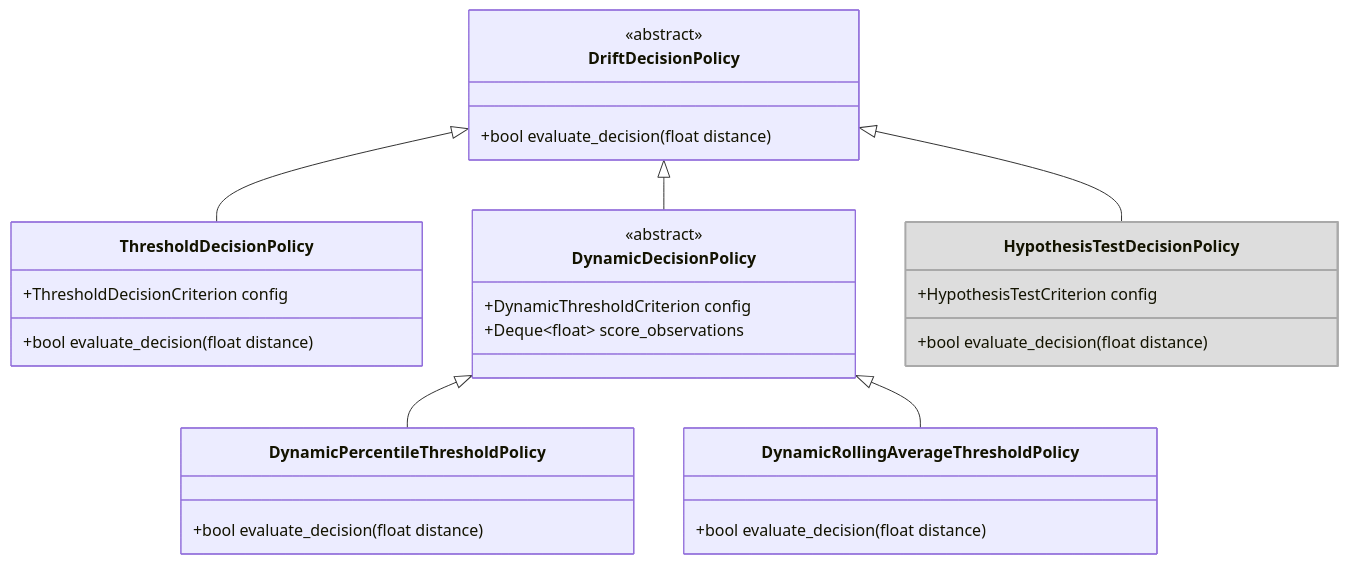
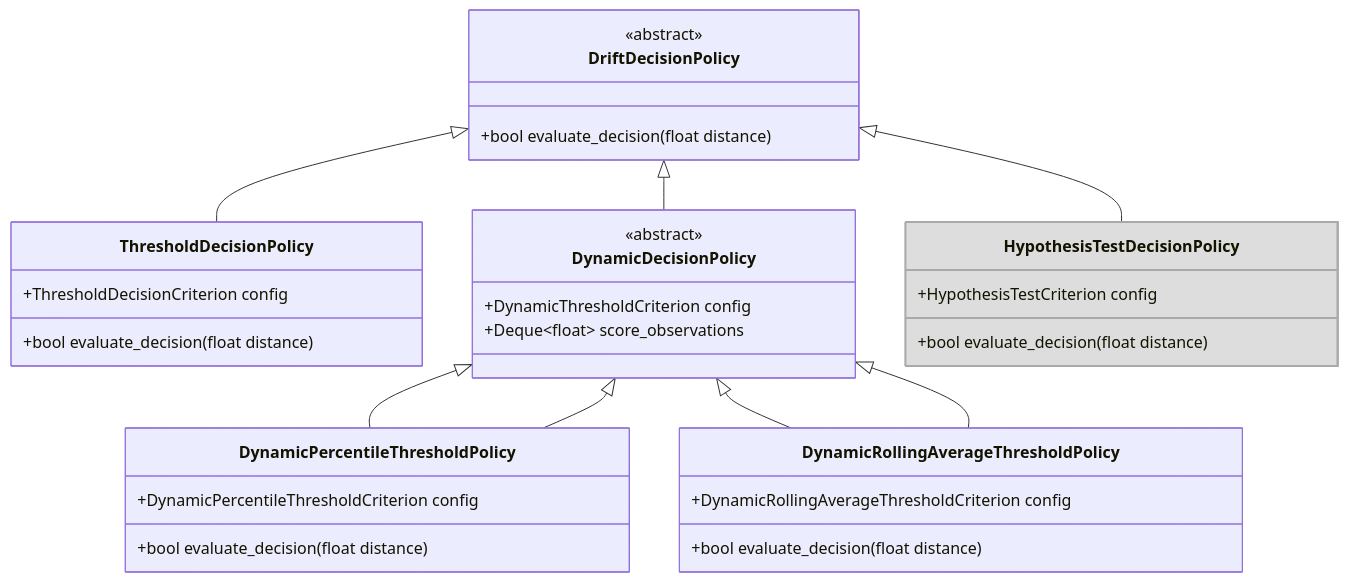
Before and after one commit to eth-easl/modyn: the fifth of 5 diagrams in docs/pipeline/triggering/DRIFT_TRIGGERS.md, drawn with Mermaid. The commit also changed other lines of this file and 9 other files, not shown here.

````diff
--- a/docs/pipeline/triggering/DRIFT_TRIGGERS.md
+++ b/docs/pipeline/triggering/DRIFT_TRIGGERS.md
@@ -228,40 +229,44 @@
 ```mermaid
 classDiagram
     class DriftDecisionPolicy {
         <<abstract>>
         +bool evaluate_decision(float distance)
     }
 
     class ThresholdDecisionPolicy {
         +ThresholdDecisionCriterion config
         +bool evaluate_decision(float distance)
     }
 
     class DynamicDecisionPolicy {
         <<abstract>>
         +DynamicThresholdCriterion config
         +Deque~float~ score_observations
     }
 
     class DynamicPercentileThresholdPolicy {
+        +DynamicPercentileThresholdCriterion config
         +bool evaluate_decision(float distance)
     }
 
     class DynamicRollingAverageThresholdPolicy {
+        +DynamicRollingAverageThresholdCriterion config
         +bool evaluate_decision(float distance)
     }
 
     class HypothesisTestDecisionPolicy {
         +HypothesisTestCriterion config
         +bool evaluate_decision(float distance)
     }
 
     DriftDecisionPolicy <|-- ThresholdDecisionPolicy
     DriftDecisionPolicy <|-- DynamicDecisionPolicy
     DynamicDecisionPolicy <|-- DynamicPercentileThresholdPolicy
     DynamicDecisionPolicy <|-- DynamicRollingAverageThresholdPolicy
     DriftDecisionPolicy <|-- HypothesisTestDecisionPolicy
 
+    DynamicDecisionPolicy <|-- DynamicPercentileThresholdPolicy
+    DynamicDecisionPolicy <|-- DynamicRollingAverageThresholdPolicy
 
     style HypothesisTestDecisionPolicy fill:#DDDDDD,stroke:#A9A9A9,stroke-width:2px
 ```
````
